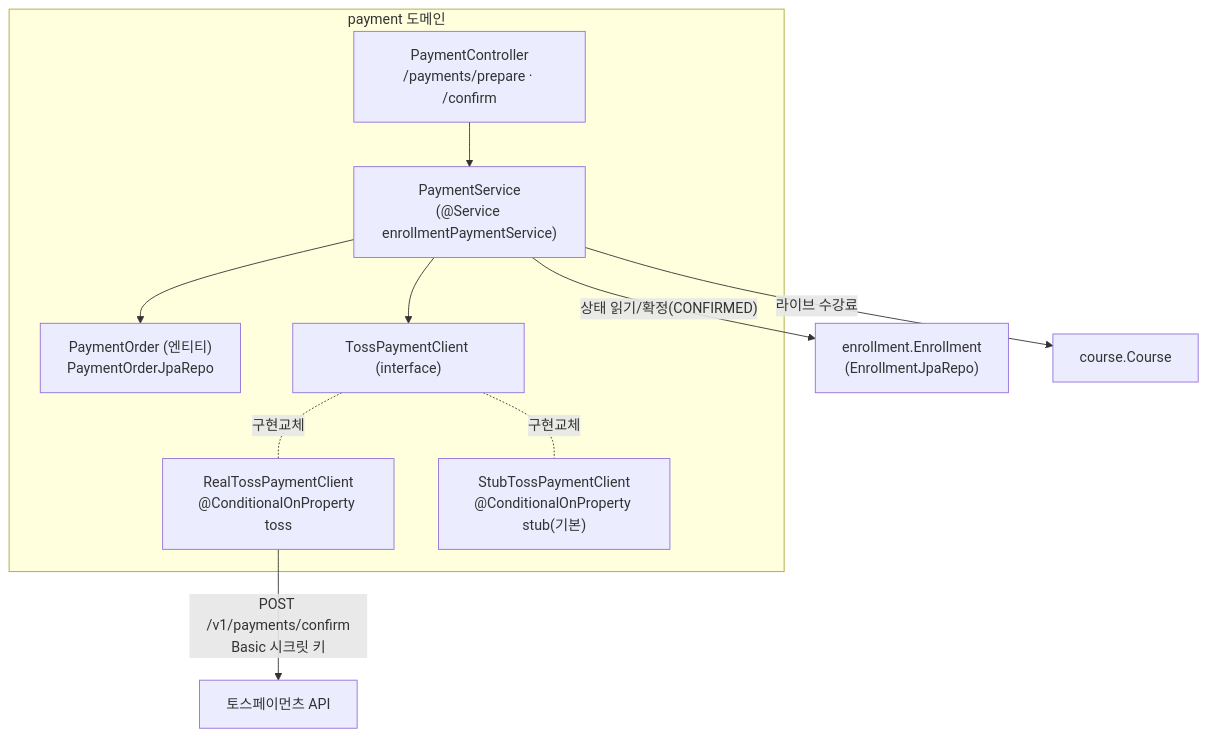
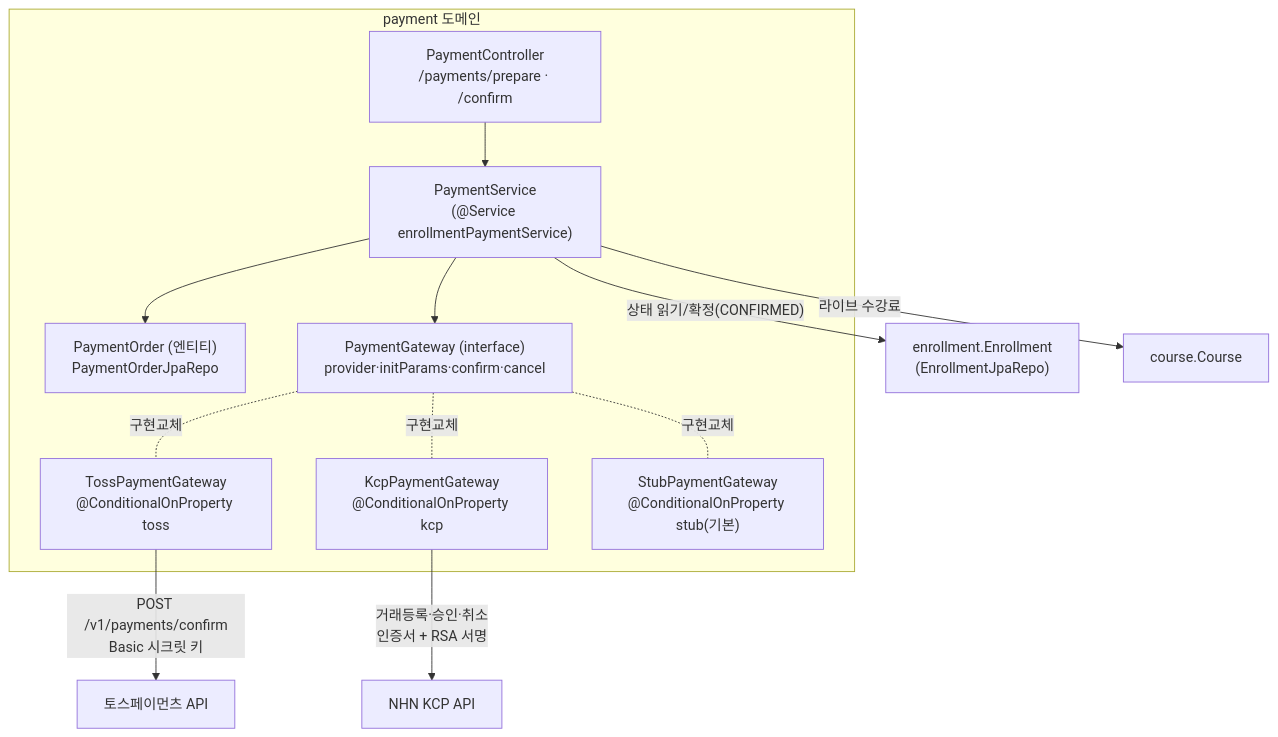
Before and after one commit to pungdong/Pungdong-Backend: the first of 3 diagrams in docs/architecture/payment.md, drawn with Mermaid. The commit also changed other lines of this file and 3 other files, not shown here.

First line of the commit message:
Docs: 결제 PG 중립화 + KCP 표준결제 반영 (types.ts · feature · architecture)

````diff
--- a/docs/architecture/payment.md
+++ b/docs/architecture/payment.md
@@ -11,19 +11,22 @@
 ```mermaid
 flowchart TB
     subgraph payment["payment 도메인"]
         Ctl["PaymentController<br/>/payments/prepare · /confirm"]
         Svc["PaymentService<br/>(@Service enrollmentPaymentService)"]
         Order["PaymentOrder (엔티티)<br/>PaymentOrderJpaRepo"]
-        Client["TossPaymentClient (interface)"]
-        Real["RealTossPaymentClient<br/>@ConditionalOnProperty toss"]
-        Stub["StubTossPaymentClient<br/>@ConditionalOnProperty stub(기본)"]
+        Client["PaymentGateway (interface)<br/>provider·initParams·confirm·cancel"]
+        Toss1["TossPaymentGateway<br/>@ConditionalOnProperty toss"]
+        Kcp["KcpPaymentGateway<br/>@ConditionalOnProperty kcp"]
+        Stub["StubPaymentGateway<br/>@ConditionalOnProperty stub(기본)"]
     end
     Ctl --> Svc
     Svc --> Order
     Svc --> Client
-    Client -. 구현교체 .- Real
+    Client -. 구현교체 .- Toss1
+    Client -. 구현교체 .- Kcp
     Client -. 구현교체 .- Stub
     Svc -- "상태 읽기/확정(CONFIRMED)" --> Enr["enrollment.Enrollment<br/>(EnrollmentJpaRepo)"]
     Svc -- "라이브 수강료" --> Course["course.Course"]
-    Real -- "POST /v1/payments/confirm<br/>Basic 시크릿 키" --> Toss["토스페이먼츠 API"]
+    Toss1 -- "POST /v1/payments/confirm<br/>Basic 시크릿 키" --> TossApi["토스페이먼츠 API"]
+    Kcp -- "거래등록·승인·취소<br/>인증서 + RSA 서명" --> KcpApi["NHN KCP API"]
 ```
````
